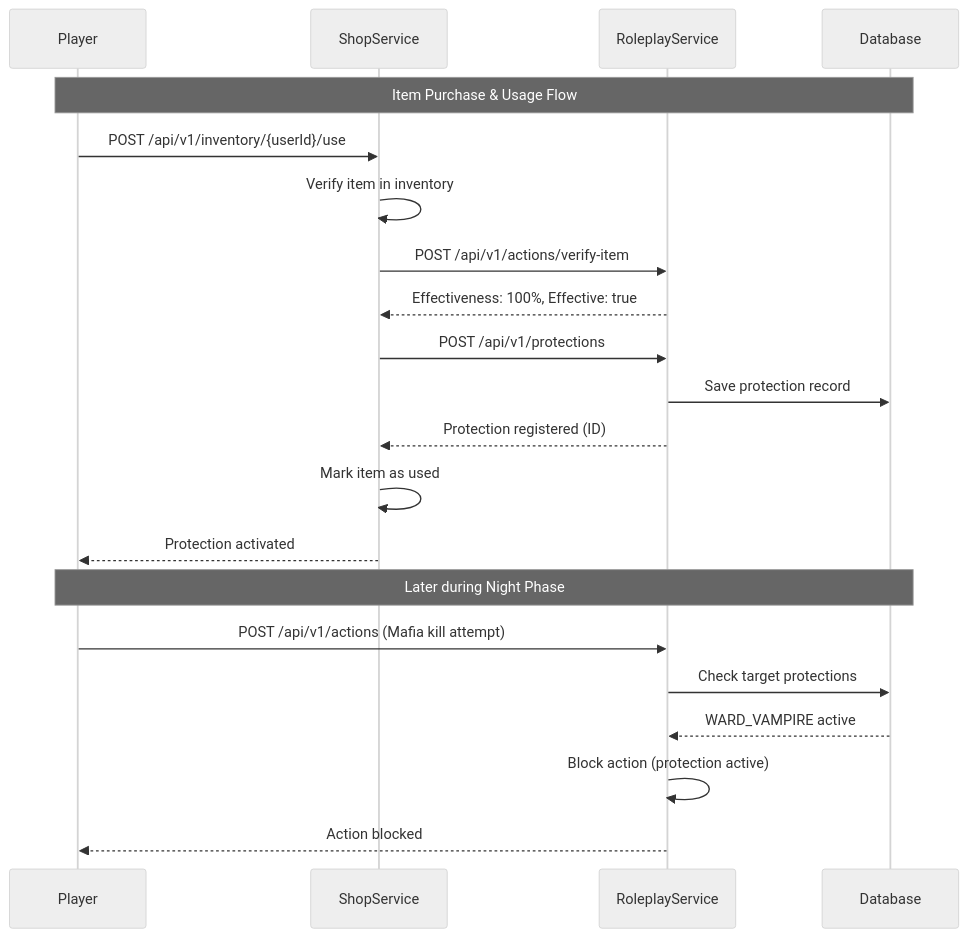
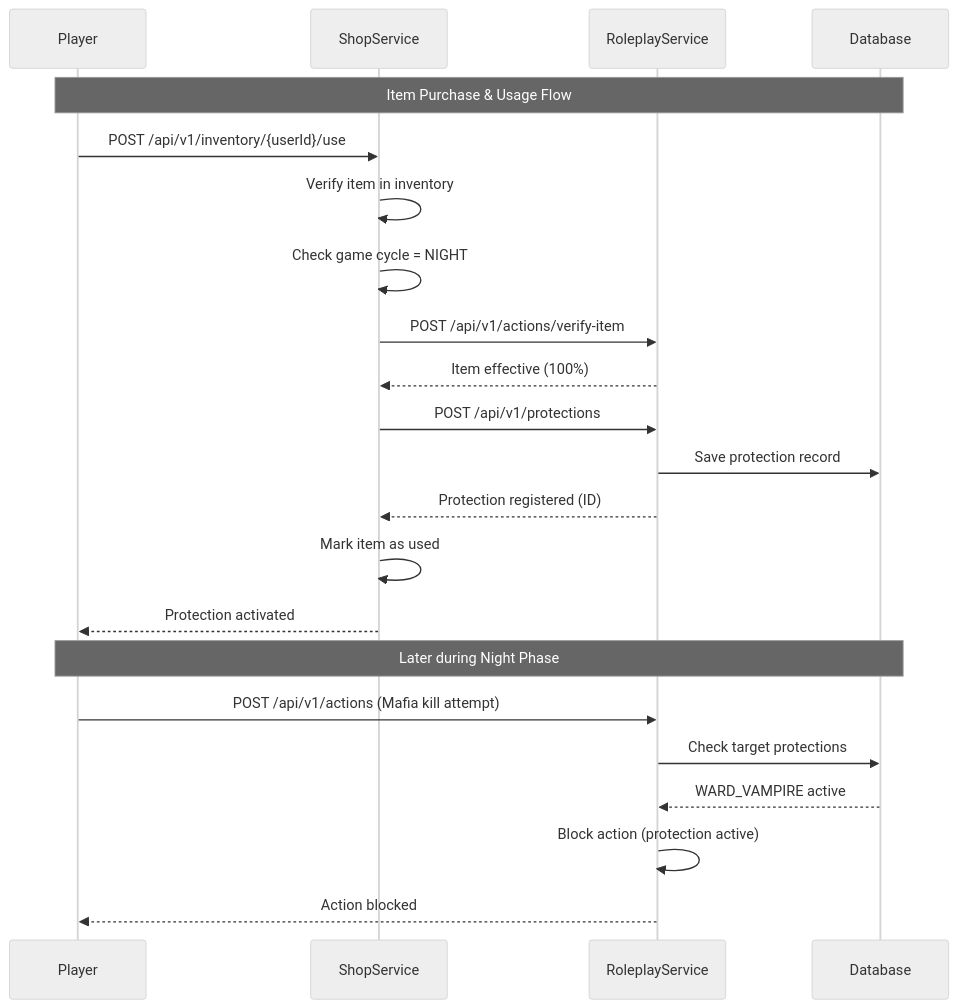
One commit to Flexksx/distributed_mafia_platform changed the eighth of 8 diagrams in README.md. Above: the diagram before and after it, drawn with Mermaid (neutral theme). The commit also changed other lines of this file, not shown here.

````diff
--- a/README.md
+++ b/README.md
@@ -3375,27 +3078,28 @@
 ```mermaid
 sequenceDiagram
     participant Player
     participant ShopService
     participant RoleplayService
     participant Database
 
     Note over Player,Database: Item Purchase & Usage Flow
     
     Player->>ShopService: POST /api/v1/inventory/{userId}/use
     ShopService->>ShopService: Verify item in inventory
+    ShopService->>ShopService: Check game cycle = NIGHT
     ShopService->>RoleplayService: POST /api/v1/actions/verify-item
-    RoleplayService-->>ShopService: Effectiveness: 100%, Effective: true
+    RoleplayService-->>ShopService: Item effective (100%)
     ShopService->>RoleplayService: POST /api/v1/protections
     RoleplayService->>Database: Save protection record
     RoleplayService-->>ShopService: Protection registered (ID)
     ShopService->>ShopService: Mark item as used
     ShopService-->>Player: Protection activated
 
     Note over Player,Database: Later during Night Phase
     
     Player->>RoleplayService: POST /api/v1/actions (Mafia kill attempt)
     RoleplayService->>Database: Check target protections
     Database-->>RoleplayService: WARD_VAMPIRE active
     RoleplayService->>RoleplayService: Block action (protection active)
     RoleplayService-->>Player: Action blocked
 ```
````
